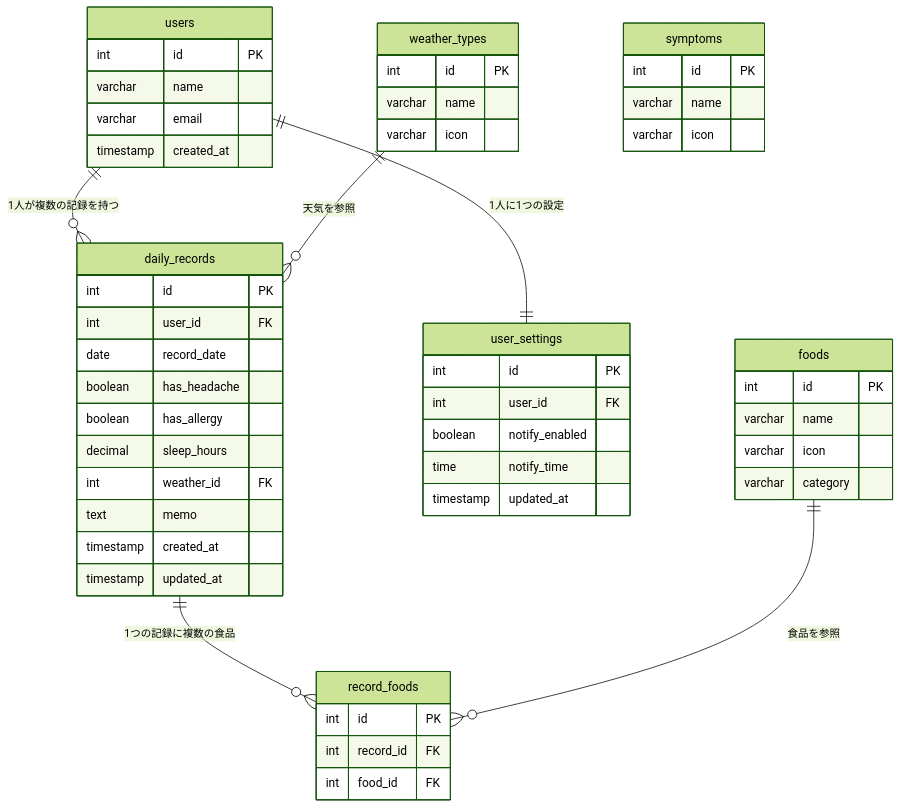
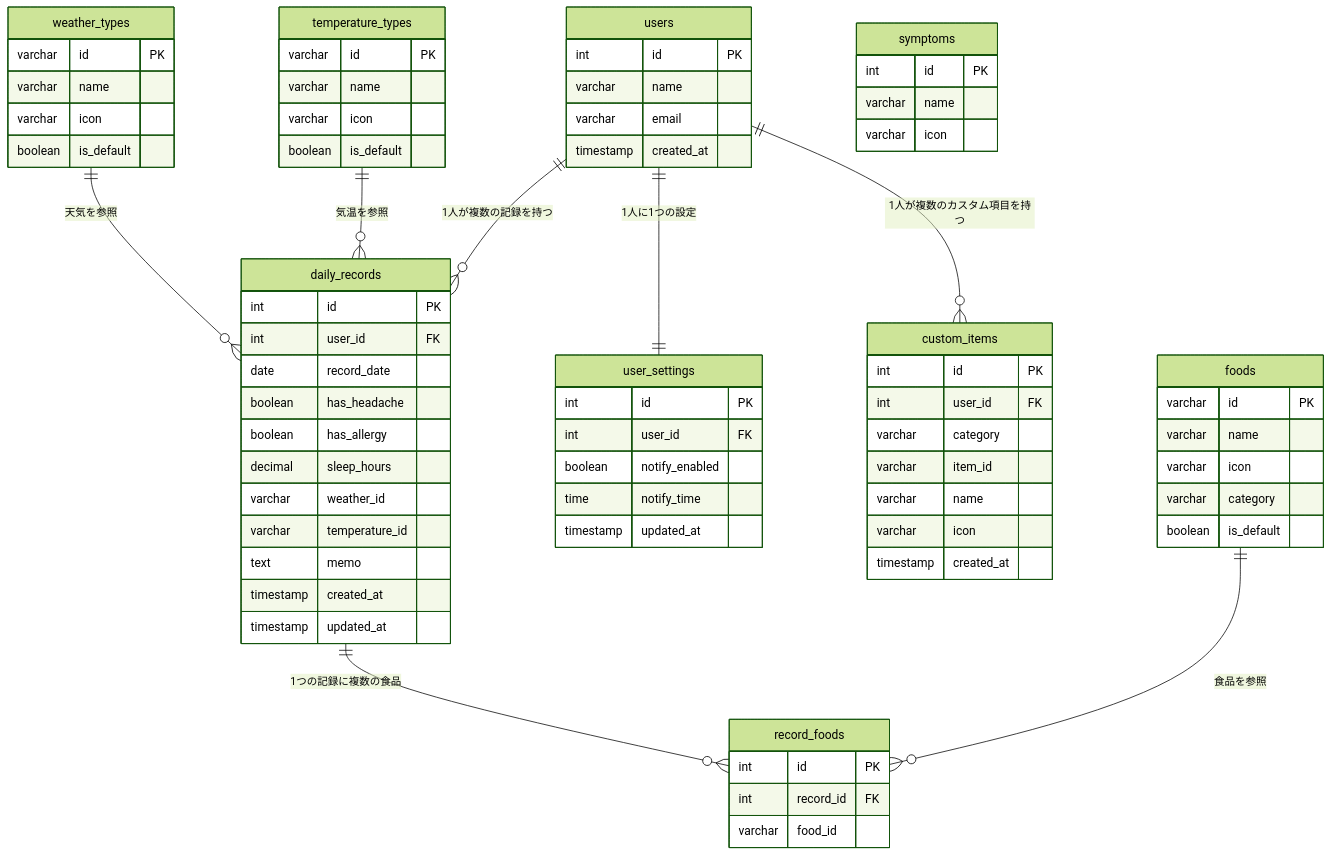
One commit to Syota622/TriggerSearch changed the first of 2 diagrams in document/database/er.md. Above: the diagram before and after it, drawn with Mermaid (forest theme). The commit also changed other lines of this file and 3 other files, not shown here.

````diff
--- a/document/database/er.md
+++ b/document/database/er.md
@@ -6,7 +6,9 @@
 erDiagram
     users ||--o{ daily_records : "1人が複数の記録を持つ"
     users ||--|| user_settings : "1人に1つの設定"
+    users ||--o{ custom_items : "1人が複数のカスタム項目を持つ"
     weather_types ||--o{ daily_records : "天気を参照"
+    temperature_types ||--o{ daily_records : "気温を参照"
     daily_records ||--o{ record_foods : "1つの記録に複数の食品"
     foods ||--o{ record_foods : "食品を参照"
     
@@ -24,7 +26,8 @@
         boolean has_headache
         boolean has_allergy
         decimal sleep_hours
-        int weather_id FK
+        varchar weather_id
+        varchar temperature_id
         text memo
         timestamp created_at
         timestamp updated_at
@@ -33,20 +36,29 @@
     record_foods {
         int id PK
         int record_id FK
-        int food_id FK
+        varchar food_id
     }
     
     foods {
-        int id PK
+        varchar id PK
         varchar name
         varchar icon
         varchar category
+        boolean is_default
     }
     
     weather_types {
-        int id PK
+        varchar id PK
         varchar name
         varchar icon
+        boolean is_default
+    }
+    
+    temperature_types {
+        varchar id PK
+        varchar name
+        varchar icon
+        boolean is_default
     }
     
     symptoms {
@@ -62,4 +74,14 @@
         time notify_time
         timestamp updated_at
     }
+    
+    custom_items {
+        int id PK
+        int user_id FK
+        varchar category
+        varchar item_id
+        varchar name
+        varchar icon
+        timestamp created_at
+    }
 ```
````
